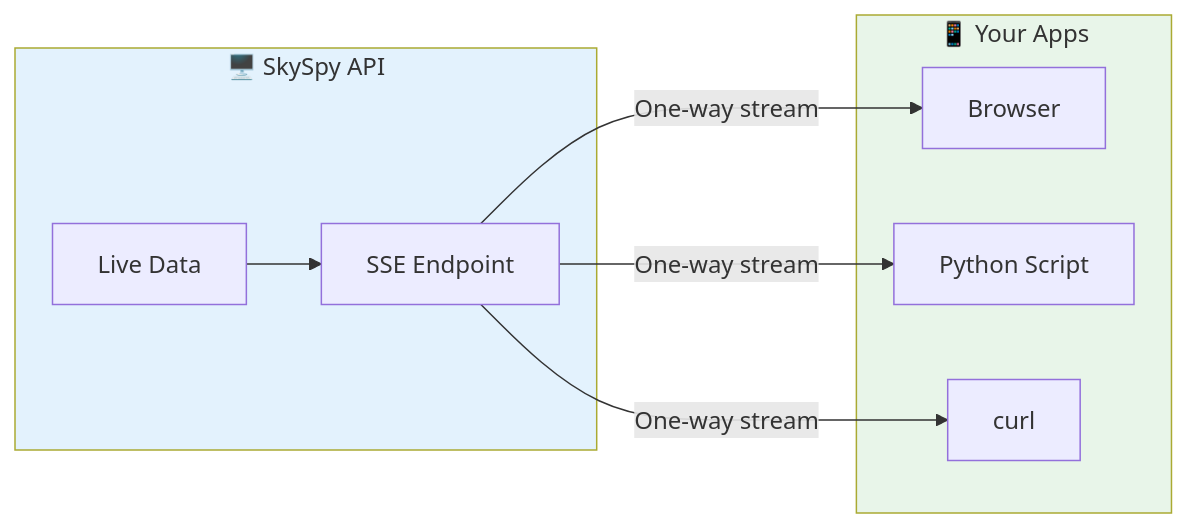
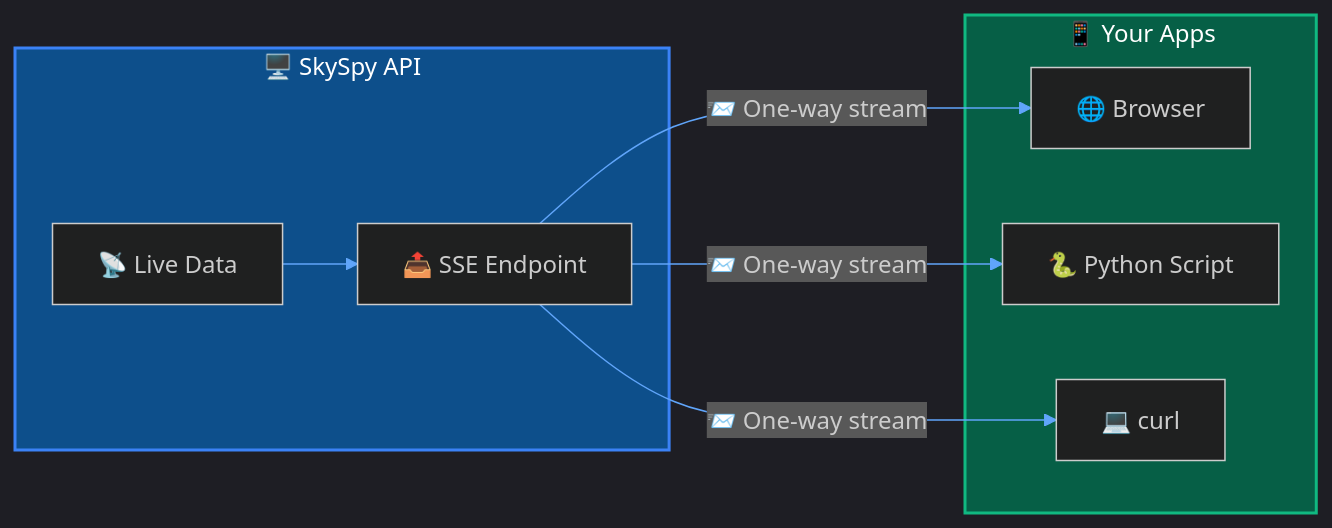
Before and after one commit to CHA0S-CORP/SkySpyDocs: the first of 3 diagrams in docs/Getting Started/sse.md, drawn with Mermaid. The commit also changed other lines of this file and 11 other files, not shown here.

````diff
--- a/docs/Getting Started/sse.md
+++ b/docs/Getting Started/sse.md
@@ -10,21 +10,22 @@
 ```mermaid
+%%{init: {'theme': 'dark', 'themeVariables': { 'primaryColor': '#1e3a5f', 'primaryTextColor': '#fff', 'primaryBorderColor': '#3b82f6', 'lineColor': '#60a5fa'}}}%%
 flowchart LR
     subgraph Server["🖥️ SkySpy API"]
-        DATA[Live Data]
-        SSE[SSE Endpoint]
+        DATA["📡 Live Data"]
+        SSE["📤 SSE Endpoint"]
     end
 
     subgraph Clients["📱 Your Apps"]
-        BROWSER[Browser]
-        PYTHON[Python Script]
-        CURL[curl]
+        BROWSER["🌐 Browser"]
+        PYTHON["🐍 Python Script"]
+        CURL["💻 curl"]
     end
 
     DATA --> SSE
-    SSE -->|One-way stream| BROWSER
-    SSE -->|One-way stream| PYTHON
-    SSE -->|One-way stream| CURL
+    SSE -->|"📨 One-way stream"| BROWSER
+    SSE -->|"📨 One-way stream"| PYTHON
+    SSE -->|"📨 One-way stream"| CURL
 
-    style Server fill:#e3f2fd
-    style Clients fill:#e8f5e9
+    style Server fill:#0d4f8b,stroke:#3b82f6,stroke-width:2px,color:#fff
+    style Clients fill:#065f46,stroke:#10b981,stroke-width:2px,color:#fff
 ```
````
